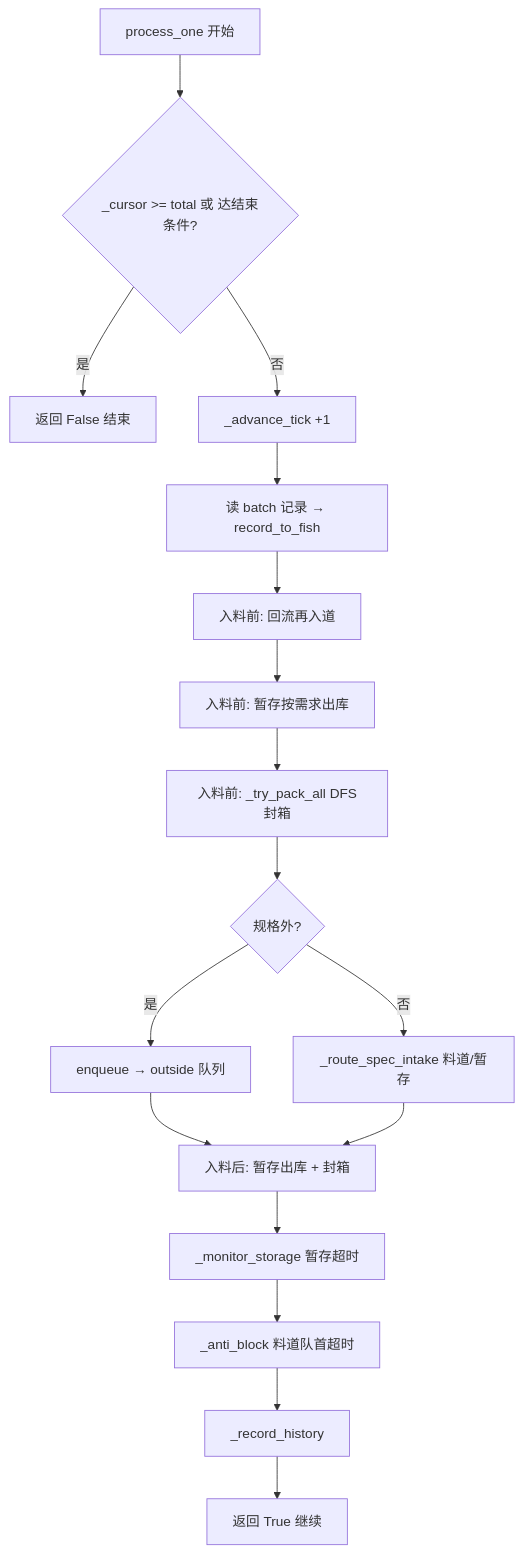
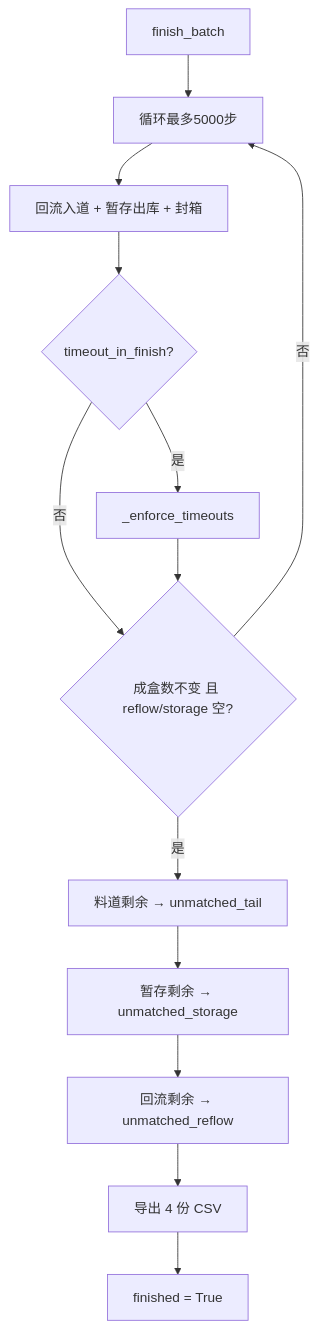
One commit to Ai-18k/fenjian-SSGE changed diagram 14 of 16 in 纯算/Scheduler_EngineV1_算法流程说明.md. Above: the diagram before and after it, drawn with Mermaid. The commit also changed other lines of this file and 5 other files, not shown here.

Commit message:
增加Scheduler_EngineV1.py程序的脑图

````diff
--- a/纯算/Scheduler_EngineV1_算法流程说明.md
+++ b/纯算/Scheduler_EngineV1_算法流程说明.md
@@ -9,19 +447,15 @@
 ```mermaid
 flowchart TD
-    A[process_one 开始] --> B{_cursor >= total 或 达结束条件?}
-    B -->|是| Z[返回 False 结束]
-    B -->|否| C[_advance_tick +1]
-    C --> D[读 batch 记录 → record_to_fish]
-    D --> E[入料前: 回流再入道]
-    E --> F[入料前: 暂存按需求出库]
-    F --> G[入料前: _try_pack_all DFS封箱]
-    G --> H{规格外?}
-    H -->|是| I[enqueue → outside 队列]
-    H -->|否| J[_route_spec_intake 料道/暂存]
-    I --> K[入料后: 暂存出库 + 封箱]
-    J --> K
-    K --> L[_monitor_storage 暂存超时]
-    L --> M[_anti_block 料道队首超时]
-    M --> N[_record_history]
-    N --> O[返回 True 继续]
+    A[finish_batch] --> B[循环最多5000步]
+    B --> C[回流入道 + 暂存出库 + 封箱]
+    C --> D{timeout_in_finish?}
+    D -->|是| E[_enforce_timeouts]
+    D -->|否| F{成盒数不变 且 reflow/storage 空?}
+    E --> F
+    F -->|否| B
+    F -->|是| G[料道剩余 → unmatched_tail]
+    G --> H[暂存剩余 → unmatched_storage]
+    H --> I[回流剩余 → unmatched_reflow]
+    I --> J[导出 4 份 CSV]
+    J --> K[finished = True]
 ```
````
